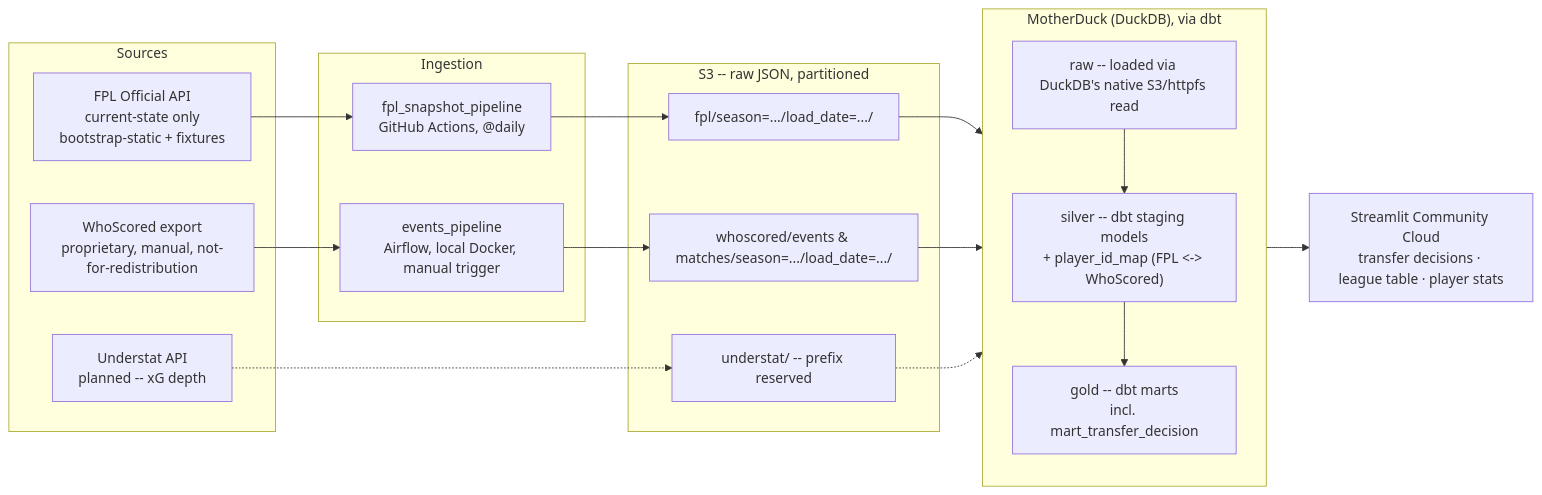
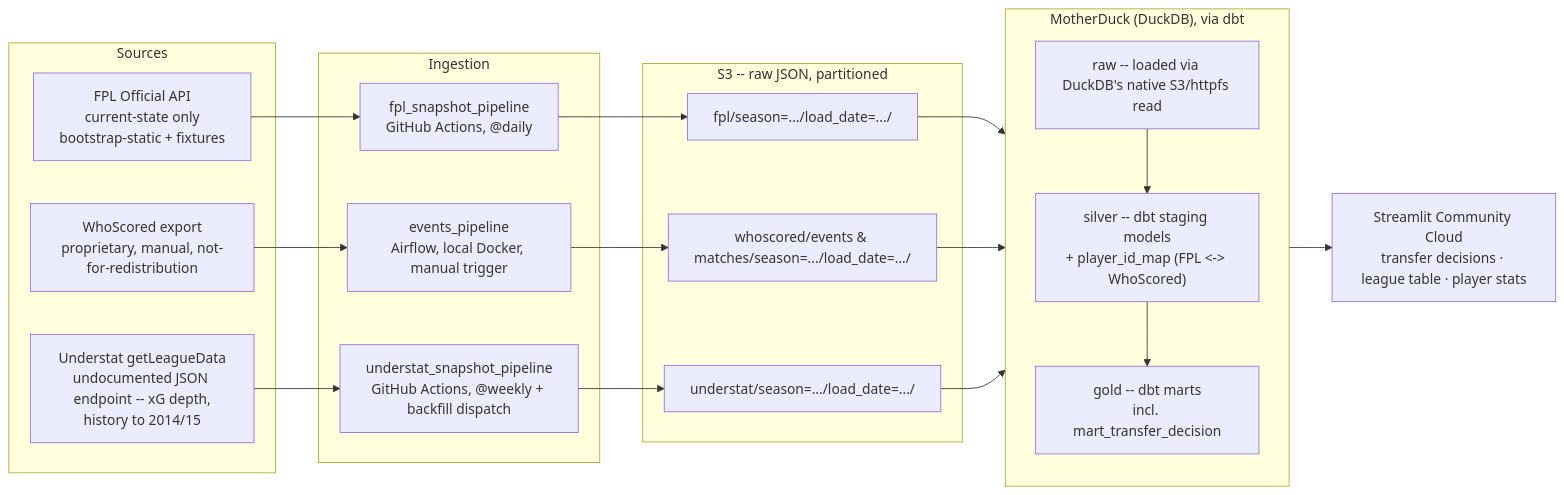
One commit to liban-osman/premier-league changed the diagram in docs/architecture.md. Above: the diagram before and after it, drawn with Mermaid. The commit also changed other lines of this file and 17 other files, not shown here.

````diff
--- a/docs/architecture.md
+++ b/docs/architecture.md
@@ -10,31 +10,32 @@
 ```mermaid
 flowchart LR
     subgraph Sources
         FPL["FPL Official API<br/>current-state only<br/>bootstrap-static + fixtures"]
         WS["WhoScored export<br/>proprietary, manual, not-for-redistribution"]
-        US["Understat API<br/>planned -- xG depth"]
+        US["Understat getLeagueData<br/>undocumented JSON endpoint -- xG depth,<br/>history to 2014/15"]
     end
 
     subgraph Ingestion["Ingestion"]
         FPL_TASK["fpl_snapshot_pipeline<br/>GitHub Actions, @daily"]
         WS_TASK["events_pipeline<br/>Airflow, local Docker, manual trigger"]
+        US_TASK["understat_snapshot_pipeline<br/>GitHub Actions, @weekly + backfill dispatch"]
     end
 
     subgraph Landing["S3 -- raw JSON, partitioned"]
         S3_FPL["fpl/season=.../load_date=.../"]
         S3_WS["whoscored/events & matches/season=.../load_date=.../"]
-        S3_US["understat/ -- prefix reserved"]
+        S3_US["understat/season=.../load_date=.../"]
     end
 
     subgraph Warehouse["MotherDuck (DuckDB), via dbt"]
         direction TB
         RAW["raw -- loaded via DuckDB's native S3/httpfs read"] --> SILVER["silver -- dbt staging models<br/>+ player_id_map (FPL <-> WhoScored)"] --> GOLD["gold -- dbt marts<br/>incl. mart_transfer_decision"]
     end
 
     Consumption["Streamlit Community Cloud<br/>transfer decisions · league table · player stats"]
 
     FPL --> FPL_TASK --> S3_FPL --> RAW
     WS --> WS_TASK --> S3_WS --> RAW
-    US -.-> S3_US -.-> RAW
+    US --> US_TASK --> S3_US --> RAW
     GOLD --> Consumption
 ```
````
